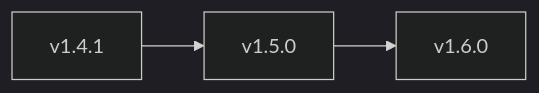
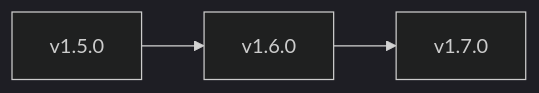
One commit to juanklagos/spec-driven-development-template changed the diagram in docs/en/35-public-roadmap.md. Above: the diagram before and after it, drawn with Mermaid (dark theme). The commit also changed other lines of this file and 14 other files, not shown here.

````diff
--- a/docs/en/35-public-roadmap.md
+++ b/docs/en/35-public-roadmap.md
@@ -9,5 +9,5 @@
 ```mermaid
 flowchart LR
-  A["v1.4.1"] --> B["v1.5.0"]
-  B --> C["v1.6.0"]
+  A["v1.5.0"] --> B["v1.6.0"]
+  B --> C["v1.7.0"]
 ```
````
